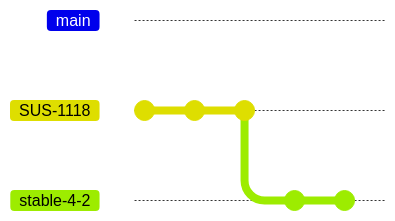
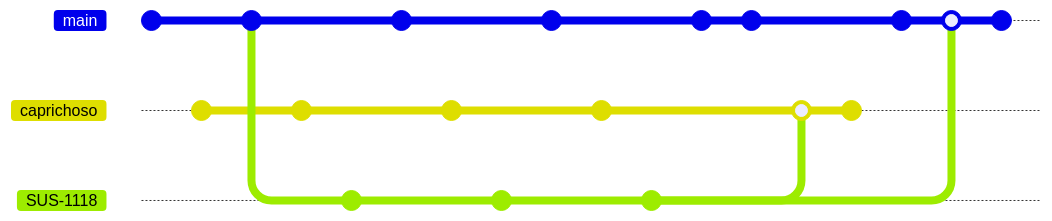
Before and after one commit to LoriaLawrenceZ/mermaid_syntax: the diagram in README.md, drawn with Mermaid. The commit also changed other lines of this file, not shown here. Commit ids are hidden.

Commit message:
mermaid [feat][docs] Testando commits e merge no git graph view

````diff
--- a/README.md
+++ b/README.md
@@ -6,10 +8,38 @@
 ```mermaid
     gitGraph
+       branch caprichoso
+       checkout main
+       commit
+       checkout caprichoso
+       commit
+       checkout main
+       commit
        branch SUS-1118
+       checkout caprichoso
+       commit
+       checkout SUS-1118
+       commit
+       checkout main
+       commit
+       checkout caprichoso
+       commit
+       checkout SUS-1118
+       commit
+       checkout main
+       commit
+       checkout caprichoso
+       commit
+       checkout SUS-1118
+       commit
+       checkout main
        commit
        commit
+       checkout caprichoso
+       merge SUS-1118
        commit
-       branch stable-4-2
+       checkout main
        commit
+       merge SUS-1118
        commit
+
 ```
````
